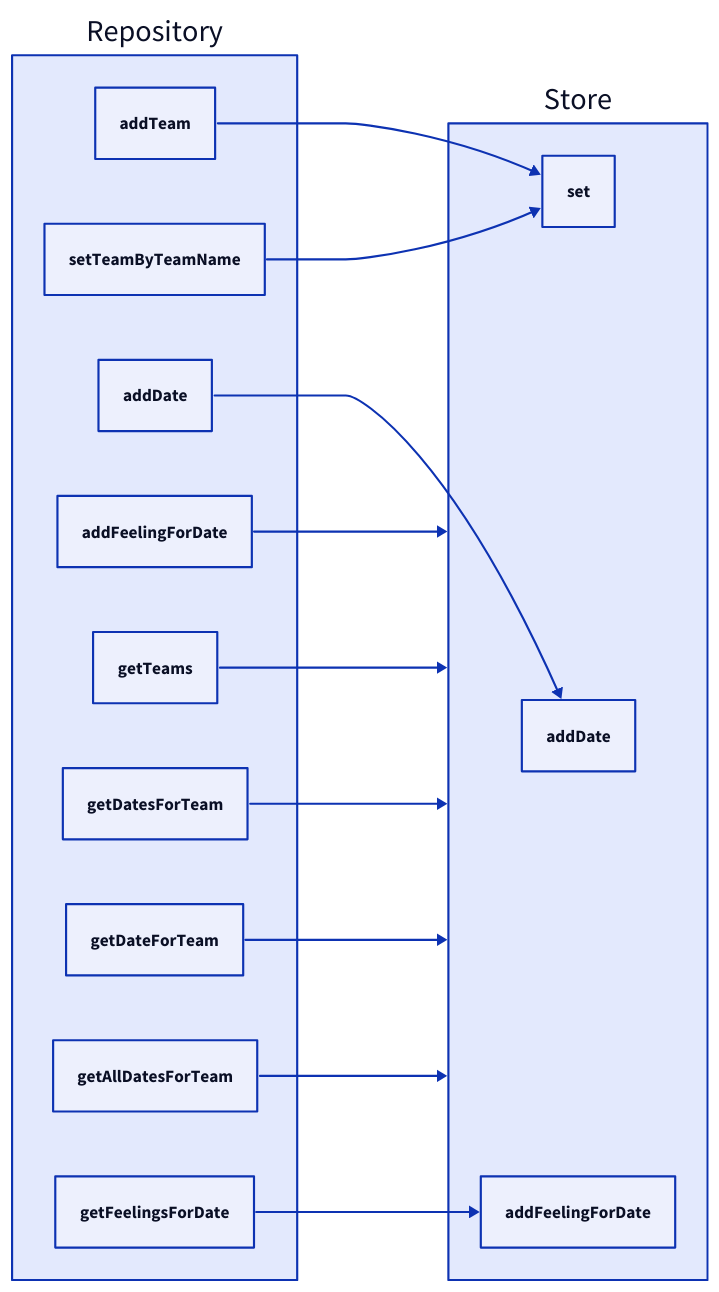
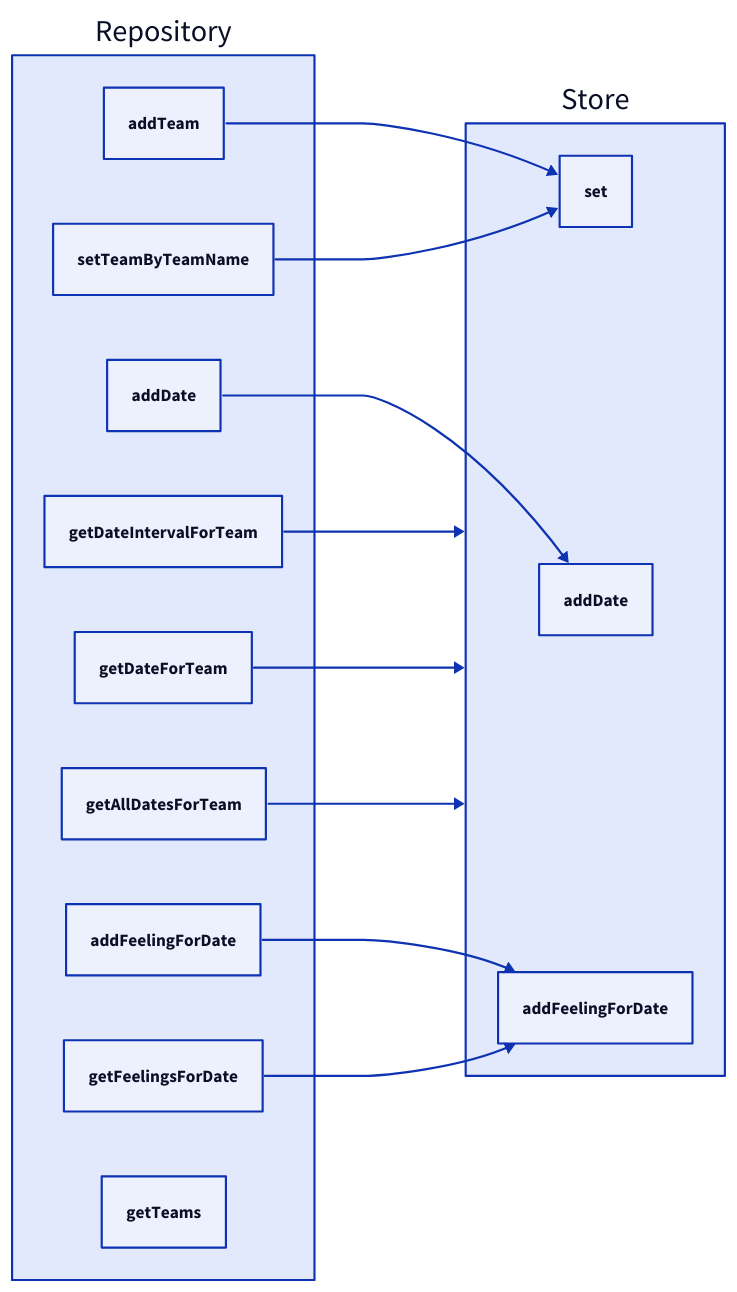
Before and after one commit to al0cam/feelingQuery: the diagram in Docs/generalTransactions.d2, drawn with D2.

Commit message:
fixed doc diagram

```diff
--- a/Docs/generalTransactions.d2
+++ b/Docs/generalTransactions.d2
@@ -1,11 +1,11 @@
 direction: right
 
 Repository.addTeam -> Store.set
 Repository.addDate -> Store.addDate
-Repository.addFeelingForDate -> Store
+Repository.addFeelingForDate -> Store.addFeelingForDate
 Repository.setTeamByTeamName -> Store.set
-Repository.getTeams -> Store
-Repository.getDatesForTeam -> Store
+Repository.getDateIntervalForTeam -> Store
 Repository.getFeelingsForDate -> Store.addFeelingForDate
 Repository.getDateForTeam -> Store
 Repository.getAllDatesForTeam -> Store
+Repository.getTeams
```
